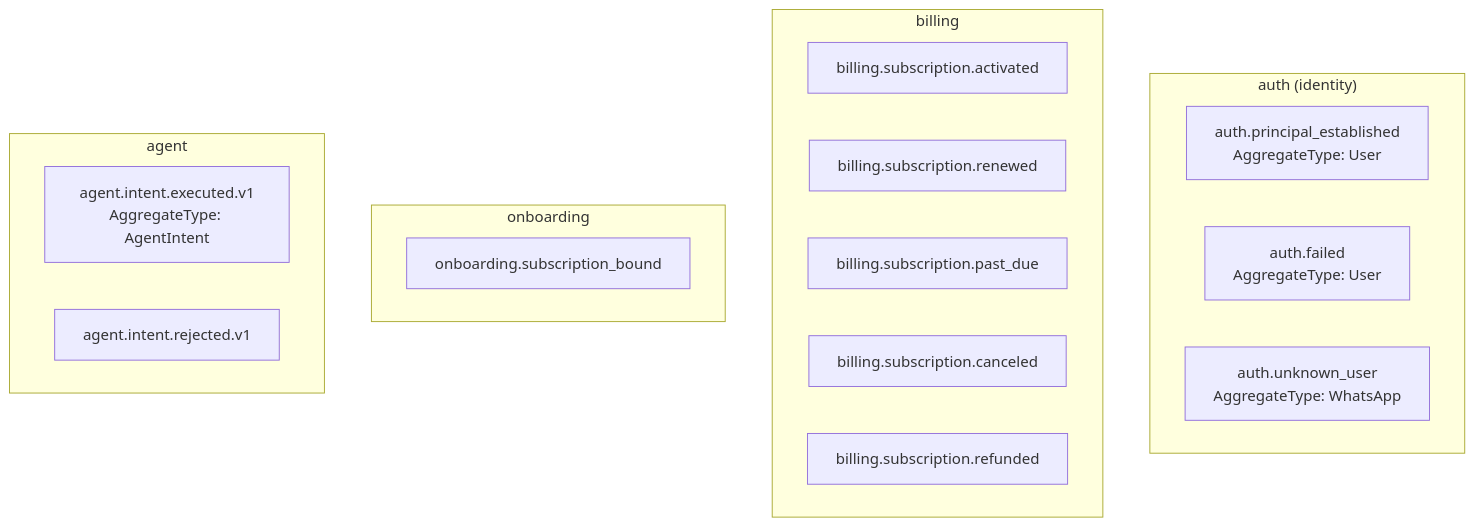
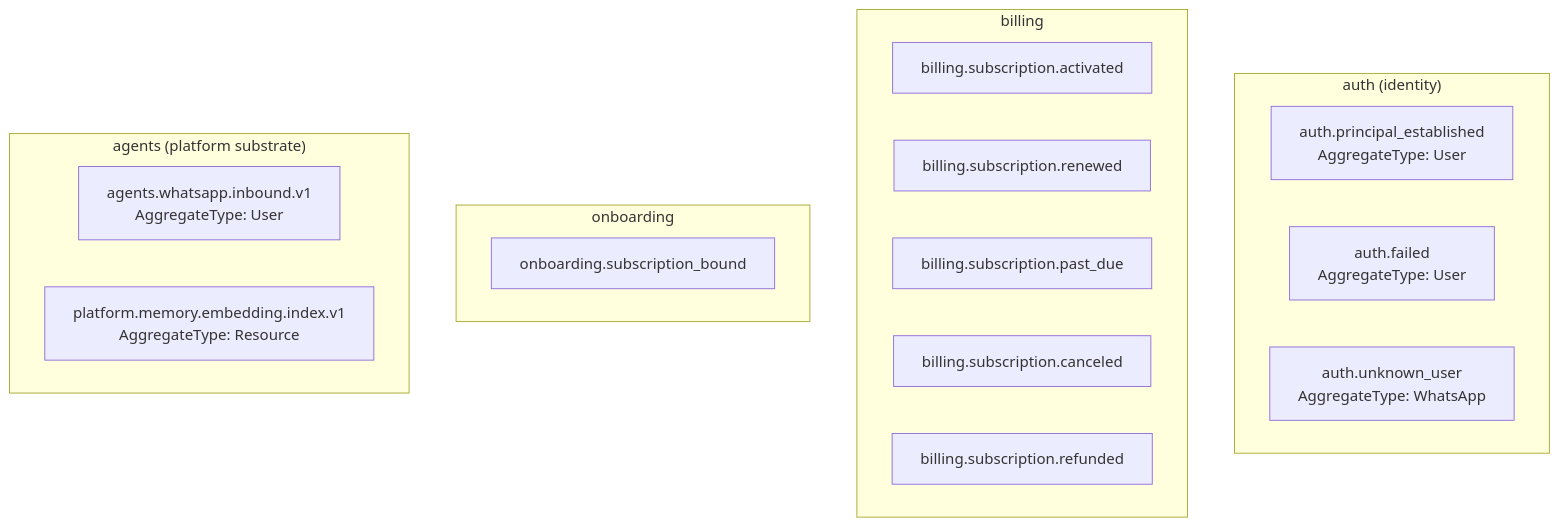
One commit to LimaTeixeiraTecnologia/mecontrola changed the fourth of 6 diagrams in docs/diagrams/agent/04-comunicacao-entre-modulos.md. Above: the diagram before and after it, drawn with Mermaid. The commit also changed other lines of this file and 47 other files, not shown here.

````diff
--- a/docs/diagrams/agent/04-comunicacao-entre-modulos.md
+++ b/docs/diagrams/agent/04-comunicacao-entre-modulos.md
@@ -135,25 +137,25 @@
 ```mermaid
 flowchart TB
     subgraph AUTH ["auth (identity)"]
         E1["auth.principal_established\nAggregateType: User"]
         E2["auth.failed\nAggregateType: User"]
         E3["auth.unknown_user\nAggregateType: WhatsApp"]
     end
 
     subgraph BILLING ["billing"]
         E4["billing.subscription.activated"]
         E5["billing.subscription.renewed"]
         E6["billing.subscription.past_due"]
         E7["billing.subscription.canceled"]
         E8["billing.subscription.refunded"]
     end
 
     subgraph ONBOARDING ["onboarding"]
         E9["onboarding.subscription_bound"]
     end
 
-    subgraph AGENT ["agent"]
-        E10["agent.intent.executed.v1\nAggregateType: AgentIntent"]
-        E11["agent.intent.rejected.v1"]
+    subgraph AGENTS ["agents (platform substrate)"]
+        E10["agents.whatsapp.inbound.v1\nAggregateType: User"]
+        E11["platform.memory.embedding.index.v1\nAggregateType: Resource"]
     end
 ```
````
